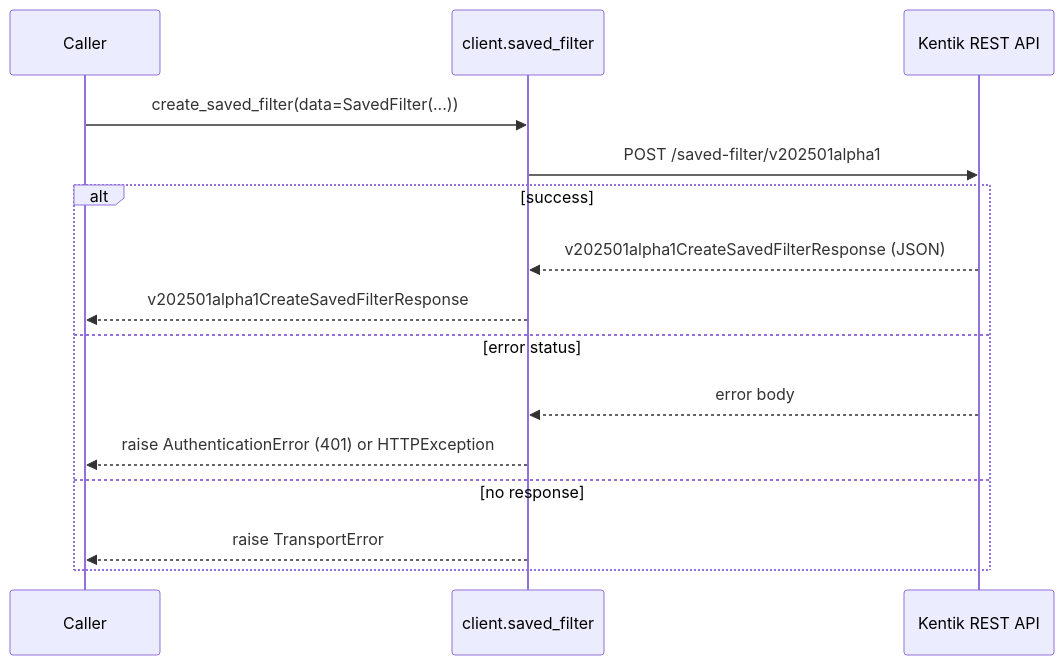
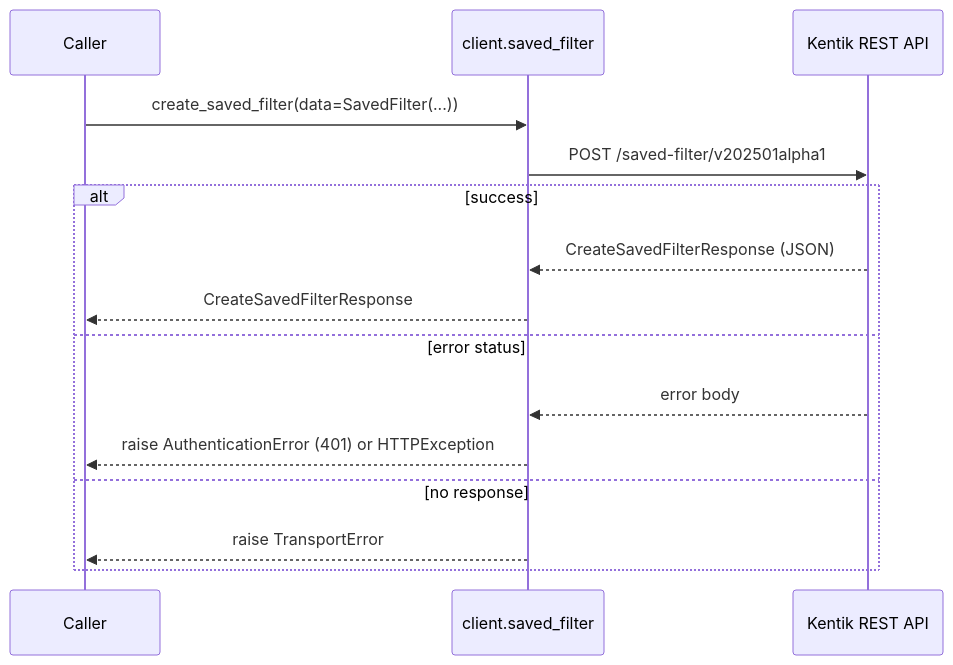
The second of 14 diagrams in docs/sphinx/services/saved_filter.md (alexdearaujo/community_sdk_python), drawn with Mermaid before and after one commit. The commit also changed other lines of this file and 38 other files, not shown here.

````diff
--- a/docs/sphinx/services/saved_filter.md
+++ b/docs/sphinx/services/saved_filter.md
@@ -38,18 +38,18 @@
 ```mermaid
 sequenceDiagram
     participant C as Caller
     participant W as client.saved_filter
     participant API as Kentik REST API
 
     C->>W: create_saved_filter(data=SavedFilter(...))
     W->>API: POST /saved-filter/v202501alpha1
     alt success
-        API-->>W: v202501alpha1CreateSavedFilterResponse (JSON)
-        W-->>C: v202501alpha1CreateSavedFilterResponse
+        API-->>W: CreateSavedFilterResponse (JSON)
+        W-->>C: CreateSavedFilterResponse
     else error status
         API-->>W: error body
         W-->>C: raise AuthenticationError (401) or HTTPException
     else no response
         W-->>C: raise TransportError
     end
 ```
````
